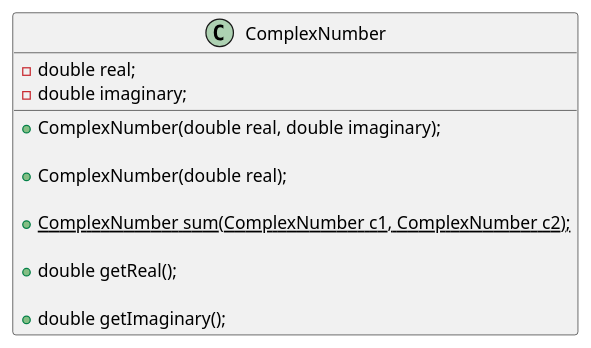
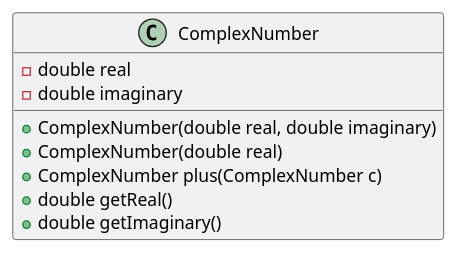
One commit to guerrerojuli/POO changed the diagram in src/tp01/ej02/ComplexNumber.puml. Above: the diagram before and after it, drawn with PlantUML. The commit also changed 10 other files, not shown here.

```diff
--- a/src/tp01/ej02/ComplexNumber.puml
+++ b/src/tp01/ej02/ComplexNumber.puml
@@ -1,20 +1,15 @@
 @startuml
 'https://plantuml.com/class-diagram
 
+class ComplexNumber {
+    - double real
+    - double imaginary
 
-class ComplexNumber {
-    - double real;
-    - double imaginary;
-
-    + ComplexNumber(double real, double imaginary);
-
-    + ComplexNumber(double real);
-
-    + {static} ComplexNumber sum(ComplexNumber c1, ComplexNumber c2);
-
-    + double getReal();
-
-    + double getImaginary();
+    + ComplexNumber(double real, double imaginary)
+    + ComplexNumber(double real)
+    + ComplexNumber plus(ComplexNumber c)
+    + double getReal()
+    + double getImaginary()
 }
 
 @enduml
```
